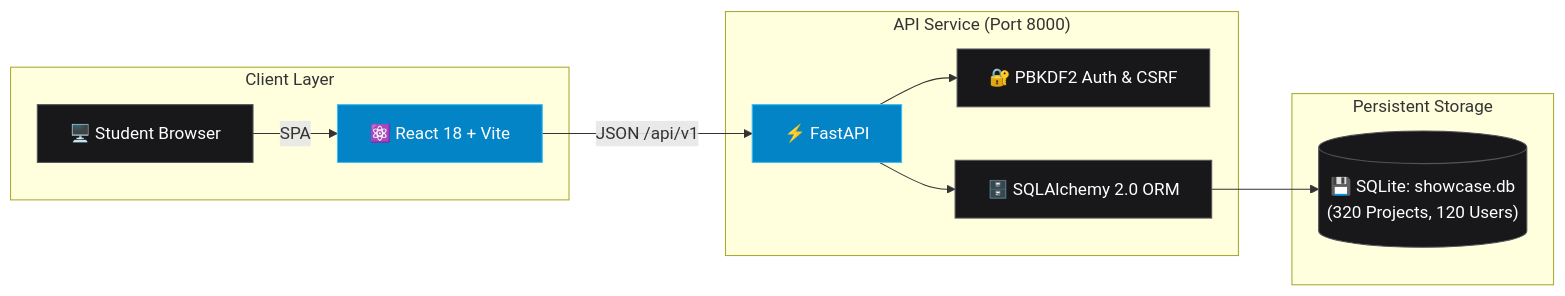
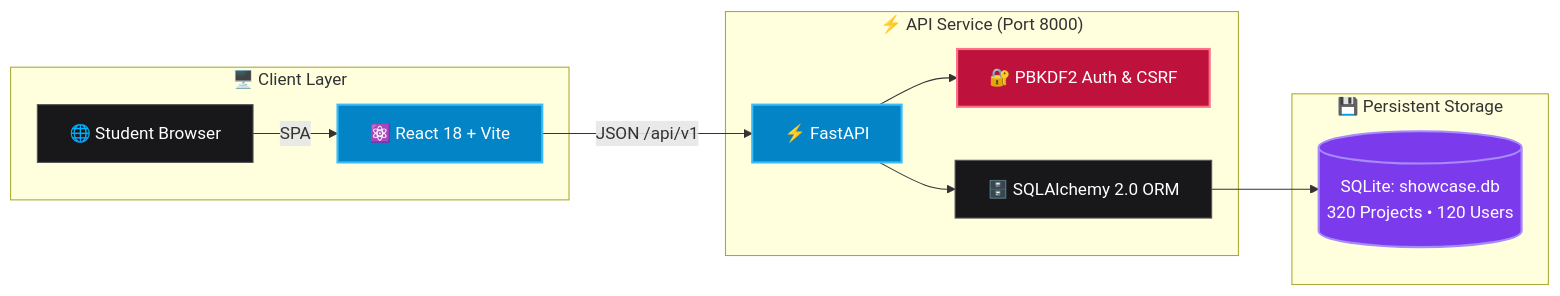
Before and after one commit to Dhruvi-tech/Student-Project-Showcase-and-Gallery: the first of 3 diagrams in README.md, drawn with Mermaid. The commit also changed other lines of this file, not shown here.

````diff
--- a/README.md
+++ b/README.md
@@ -54,20 +119,24 @@
 ```mermaid
 flowchart LR
-    subgraph Client ["Client Layer"]
-        Browser["🖥️ Student Browser"] -->|SPA| ReactApp["⚛️ React 18 + Vite"]
+    subgraph Client ["🖥️ Client Layer"]
+        Browser["🌐 Student Browser"] -->|SPA| ReactApp["⚛️ React 18 + Vite"]
     end
 
-    subgraph Service ["API Service (Port 8000)"]
+    subgraph Service ["⚡ API Service (Port 8000)"]
         ReactApp -->|JSON /api/v1| FastApiCore["⚡ FastAPI"]
         FastApiCore --> AuthGuard["🔐 PBKDF2 Auth & CSRF"]
         FastApiCore --> SQLAlchemy["🗄️ SQLAlchemy 2.0 ORM"]
     end
 
-    subgraph Storage ["Persistent Storage"]
-        SQLAlchemy --> SQLiteDB[("💾 SQLite: showcase.db<br/>(320 Projects, 120 Users)")]
+    subgraph Storage ["💾 Persistent Storage"]
+        SQLAlchemy --> SQLiteDB[("SQLite: showcase.db<br/>320 Projects • 120 Users")]
     end
 
     classDef default fill:#18181b,stroke:#52525b,stroke-width:1px,color:#fff;
-    classDef highlight fill:#0284c7,stroke:#38bdf8,stroke-width:1px,color:#fff;
+    classDef highlight fill:#0284c7,stroke:#38bdf8,stroke-width:2px,color:#fff;
+    classDef store fill:#7c3aed,stroke:#a78bfa,stroke-width:2px,color:#fff;
+    classDef secure fill:#be123c,stroke:#fb7185,stroke-width:2px,color:#fff;
     class FastApiCore,ReactApp highlight;
+    class SQLiteDB store;
+    class AuthGuard secure;
 ```
````
